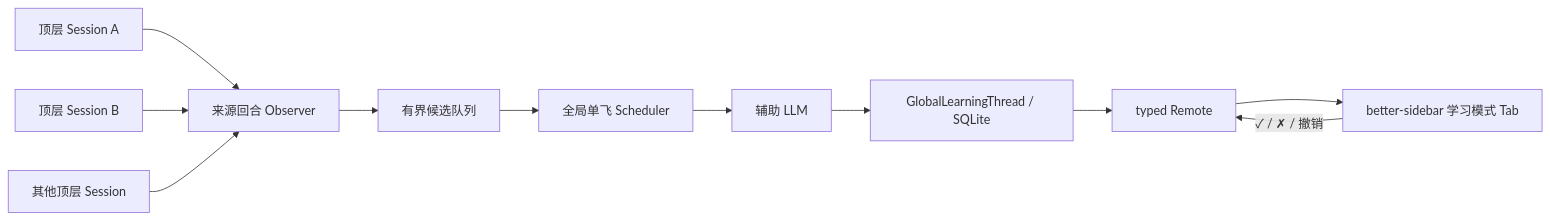
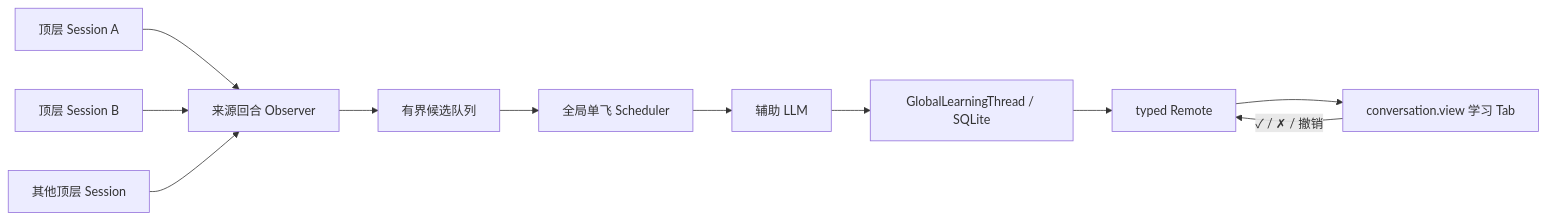
Before and after one commit to yuezengwu/dsh-explain: the first of 2 diagrams in docs/ARCHITECTURE.md, drawn with Mermaid. The commit also changed other lines of this file and 127 other files, not shown here.

Commit message:
docs: use conversation view for learning UI

````diff
--- a/docs/ARCHITECTURE.md
+++ b/docs/ARCHITECTURE.md
@@ -17,13 +17,13 @@
 ```mermaid
 flowchart LR
   S1["顶层 Session A"] --> O["来源回合 Observer"]
   S2["顶层 Session B"] --> O
   SN["其他顶层 Session"] --> O
   O --> Q["有界候选队列"]
   Q --> R["全局单飞 Scheduler"]
   R --> L["辅助 LLM"]
   L --> D["GlobalLearningThread / SQLite"]
   D --> G["typed Remote"]
-  G --> U["better-sidebar 学习模式 Tab"]
+  G --> U["conversation.view 学习 Tab"]
   U -->|"✓ / ✗ / 撤销"| G
 ```
````
